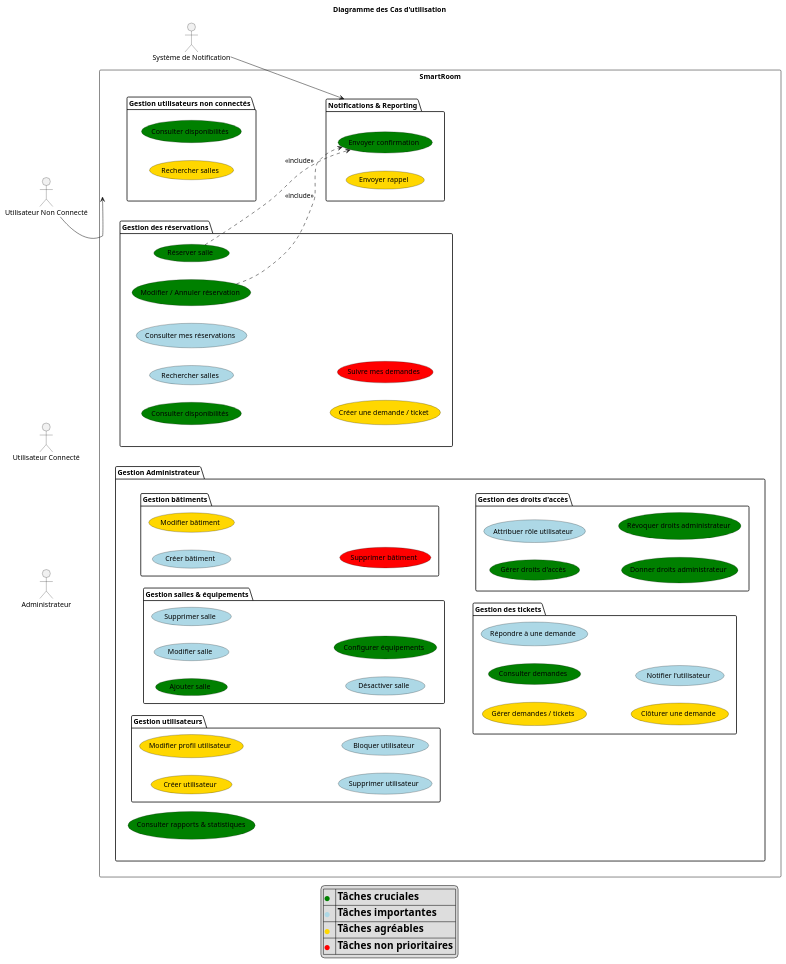
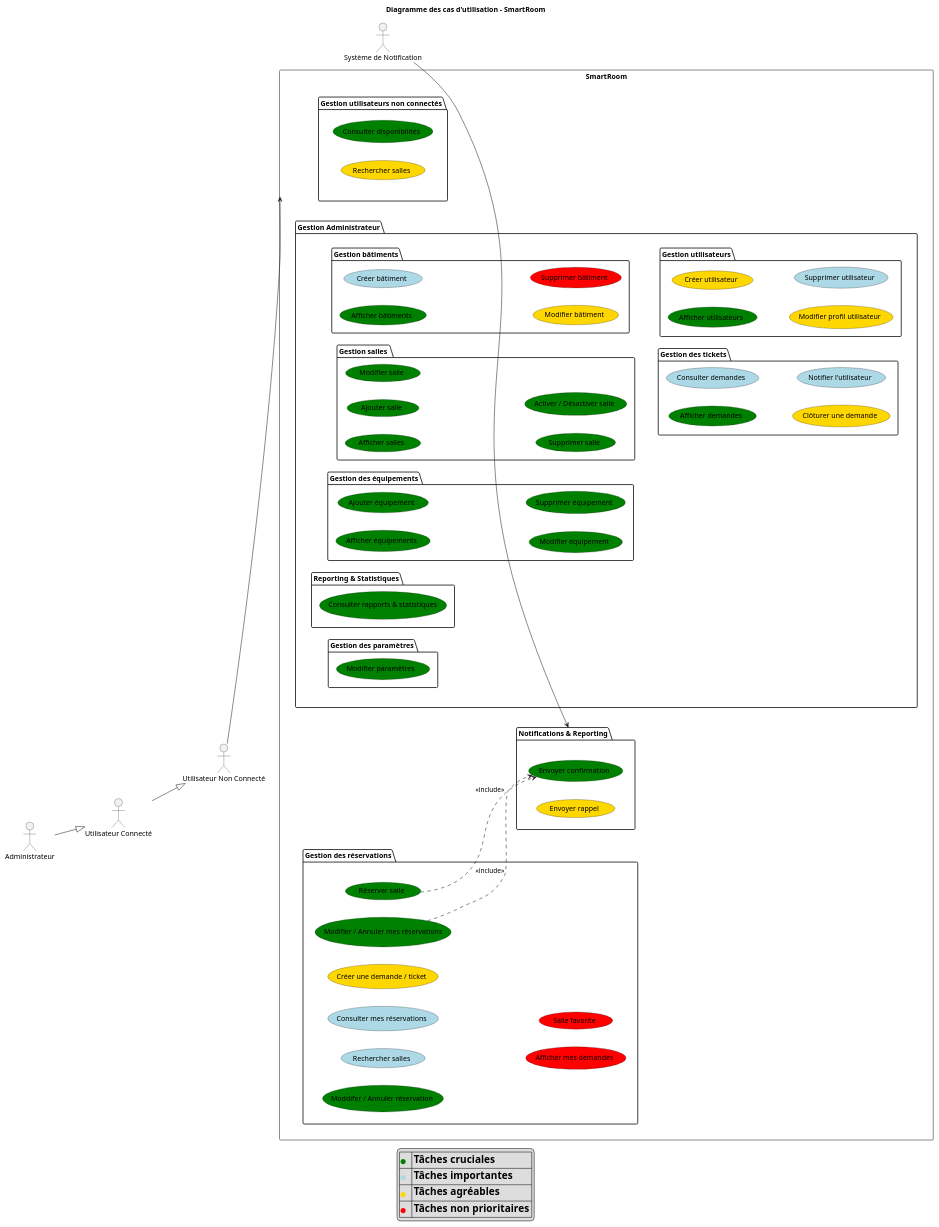
Before and after one commit to bastos-rcd/SmartRoom: the diagram in architecture/use-cases/use-case.puml, drawn with PlantUML.

Commit message:
use-case.puml

```diff
--- a/architecture/use-cases/use-case.puml
+++ b/architecture/use-cases/use-case.puml
@@ -1,81 +1,93 @@
-@startuml usecase_diagram
+@startuml diagramme_usecase
 left to right direction
-
+ 
 legend center
   |<color:green><size:24>●</size></color> | <size:20>**Tâches cruciales** </size>|
   |<color:LightBlue><size:24>●</size></color> | <size:20>**Tâches importantes** </size>|
   |<color:gold><size:24>●</size></color> | <size:20>**Tâches agréables** </size>|
   |<color:red><size:24>●</size></color> | <size:20>**Tâches non prioritaires** </size>|
 end legend
 
-title Diagramme des Cas d'utilisation
+title Diagramme des cas d'utilisation - SmartRoom
 
 actor "Utilisateur Non Connecté" as Guest
 actor "Utilisateur Connecté" as User  
 actor "Administrateur" as Admin
 actor "Système de Notification" as Notif
 
+User --|> Guest
+Admin --|> User
+
 rectangle "SmartRoom" {
     package "Gestion Administrateur" as AdminPackage {
         package "Gestion bâtiments" as BuildingPackage {
+            (Afficher bâtiments) as UC20 #green
             (Créer bâtiment) as UC28 #LightBlue
             (Modifier bâtiment) as UC29 #gold
             (Supprimer bâtiment) as UC30 #red
         }
-        package "Gestion salles & équipements" as RoomPackage {
+        package "Gestion salles " as RoomPackage {
+            (Afficher salles) as UC27 #green
             (Ajouter salle) as UC23 #green
-            (Modifier salle) as UC24 #LightBlue
-            (Supprimer salle) as UC25 #LightBlue
-            (Désactiver salle) as UC26 #LightBlue
-            (Configurer équipements) as UC27 #green
+            (Modifier salle) as UC24 #green
+            (Supprimer salle) as UC25 #green
+            (Activer / Désactiver salle) as UC26 #green
+        }
+        package "Gestion des équipements" as EquipmentPackage {
+            (Afficher équipements) as UC22 #green
+            (Ajouter équipement) as UC34 #green
+            (Modifier équipement) as UC35 #green
+            (Supprimer équipement) as UC36 #green
         }
         package "Gestion utilisateurs" as UserPackage {
+            (Afficher utilisateurs) as UC37 #green
             (Créer utilisateur) as UC5 #gold
             (Modifier profil utilisateur) as UC6 #gold
             (Supprimer utilisateur) as UC7 #LightBlue
-            (Bloquer utilisateur) as UC33 #LightBlue
-        }
-        package "Gestion des droits d'accès" as AccessPackage {
-            (Gérer droits d'accès) as UC8 #green
-            (Attribuer rôle utilisateur) as UC20 #LightBlue
-            (Donner droits administrateur) as UC21 #green
-            (Révoquer droits administrateur) as UC22 #green
         }
         package "Gestion des tickets" as TicketPackage {
-            (Gérer demandes / tickets) as UC9 #gold
-            (Consulter demandes) as UC14 #green
-            (Répondre à une demande) as UC15 #LightBlue
+            (Afficher demandes) as UC9 #green
+            (Consulter demandes) as UC14 #lightBlue
             (Clôturer une demande) as UC16 #gold
             (Notifier l'utilisateur) as UC17 #LightBlue
         }
-        (Consulter rapports & statistiques) as UC10 #green
+        package "Reporting & Statistiques" as ReportingPackage {
+            (Consulter rapports & statistiques) as UC10 #green
+        }
+        package "Gestion des paramètres" as SettingsPackage {
+            (Modifier paramètres ) as UC8 #green
+        }
+        
     }
     package "Gestion des réservations" as ReservationPackage {
-        (Consulter disponibilités) as UC1 #green
         (Rechercher salles) as UC2 #LightBlue
         (Réserver salle) as UC3 #green
-        (Modifier / Annuler réservation) as UC4 #green
+        (Modifier / Annuler mes réservations) as UC4 #green
+        (Moddifer / Annuler réservation) as UC40 #green
         (Consulter mes réservations) as UC11 #LightBlue
         (Créer une demande / ticket) as UC12 #gold
-        (Suivre mes demandes) as UC13 #red
+        (Afficher mes demandes) as UC13 #red
+        (Salle favorite) as UC21 #red
     }
     
     package "Gestion utilisateurs non connectés" as GuestPackage {
         (Consulter disponibilités) as UC18 #green
         (Rechercher salles) as UC19 #gold
     }
     package "Notifications & Reporting" as NotificationPackage {
         (Envoyer confirmation) as UC31 #green
         (Envoyer rappel) as UC32 #gold
     }
 
     User --> ReservationPackage
     Admin --> AdminPackage
     Admin --> ReservationPackage
     Guest --> GuestPackage
     Notif --> NotificationPackage
     UC3 .-> UC31 : <<include>>
     UC4 .-> UC31 : <<include>>
+    Admin --> UC40
 }
 
+
 @enduml
```
